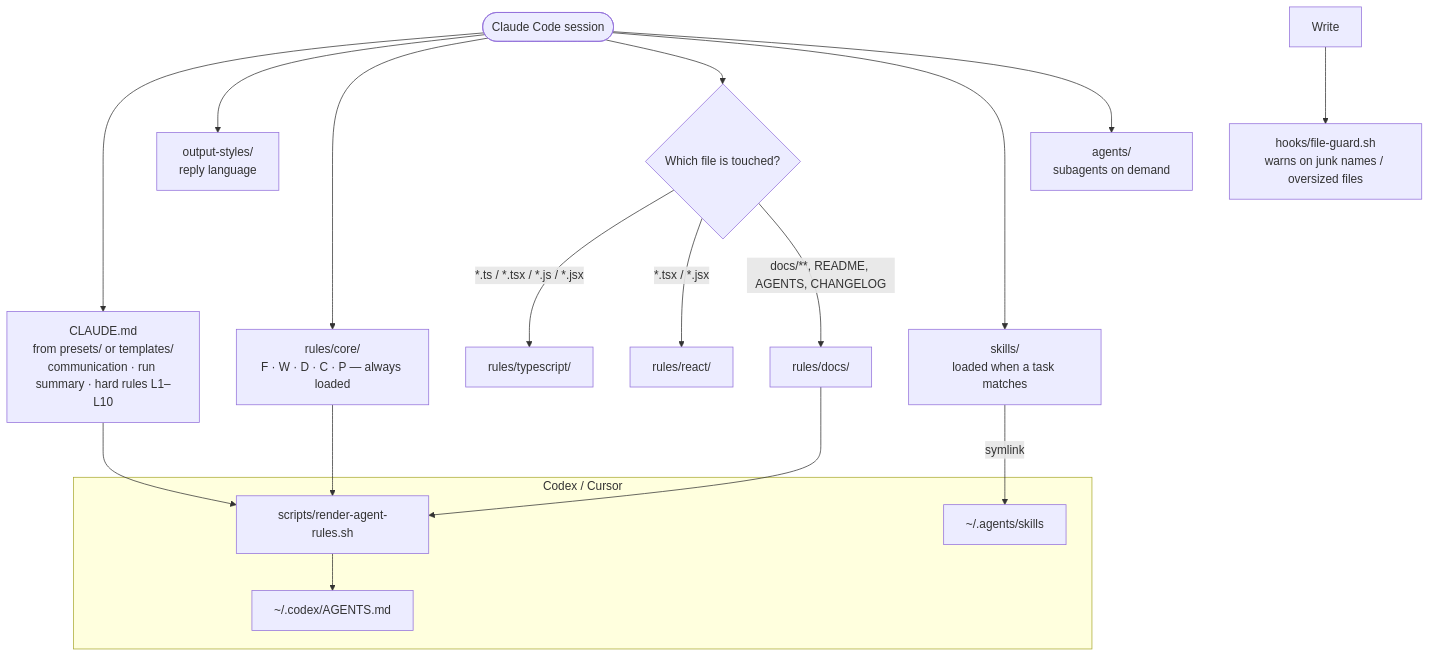
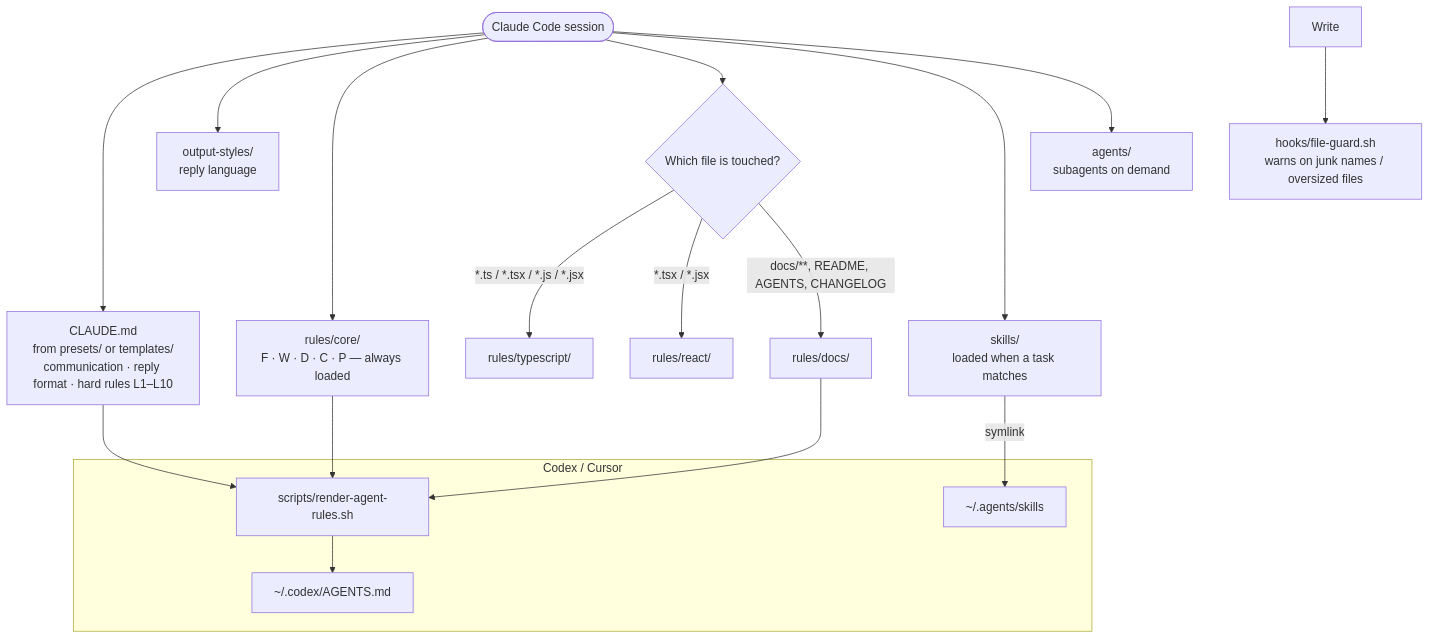
Before and after one commit to mxrsv/agents-skills: the diagram in README.en.md, drawn with Mermaid. The commit also changed other lines of this file and 20 other files, not shown here.

First line of the commit message:
refactor(rules): split specs from plans, drop D14, make CLAUDE.md optional

````diff
--- a/README.en.md
+++ b/README.en.md
@@ -7,19 +7,19 @@
 ```mermaid
 flowchart TD
-    S([Claude Code session]) --> A["CLAUDE.md<br/>from presets/ or templates/<br/>communication · run summary · hard rules L1–L10"]
+    S([Claude Code session]) --> A["CLAUDE.md<br/>from presets/ or templates/<br/>communication · reply format · hard rules L1–L10"]
     S --> O["output-styles/<br/>reply language"]
     S --> C["rules/core/<br/>F · W · D · C · P — always loaded"]
     S --> T{"Which file is touched?"}
     T -- "*.ts / *.tsx / *.js / *.jsx" --> TS["rules/typescript/"]
     T -- "*.tsx / *.jsx" --> R["rules/react/"]
     T -- "docs/**, README, AGENTS, CHANGELOG" --> D["rules/docs/"]
     S --> K["skills/<br/>loaded when a task matches"]
     S --> AG["agents/<br/>subagents on demand"]
     WR["Write"] --> H["hooks/file-guard.sh<br/>warns on junk names / oversized files"]
     subgraph CX["Codex / Cursor"]
         G["scripts/render-agent-rules.sh"] --> X["~/.codex/AGENTS.md"]
         L["~/.agents/skills"]
     end
     A & C & D --> G
     K -- symlink --> L
 ```
````
